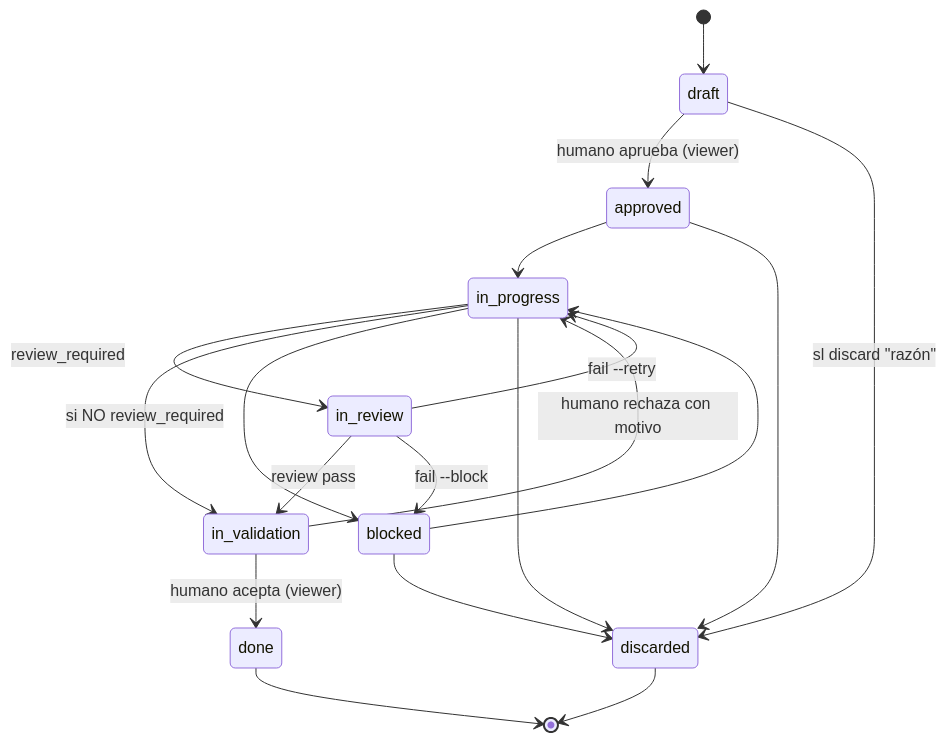
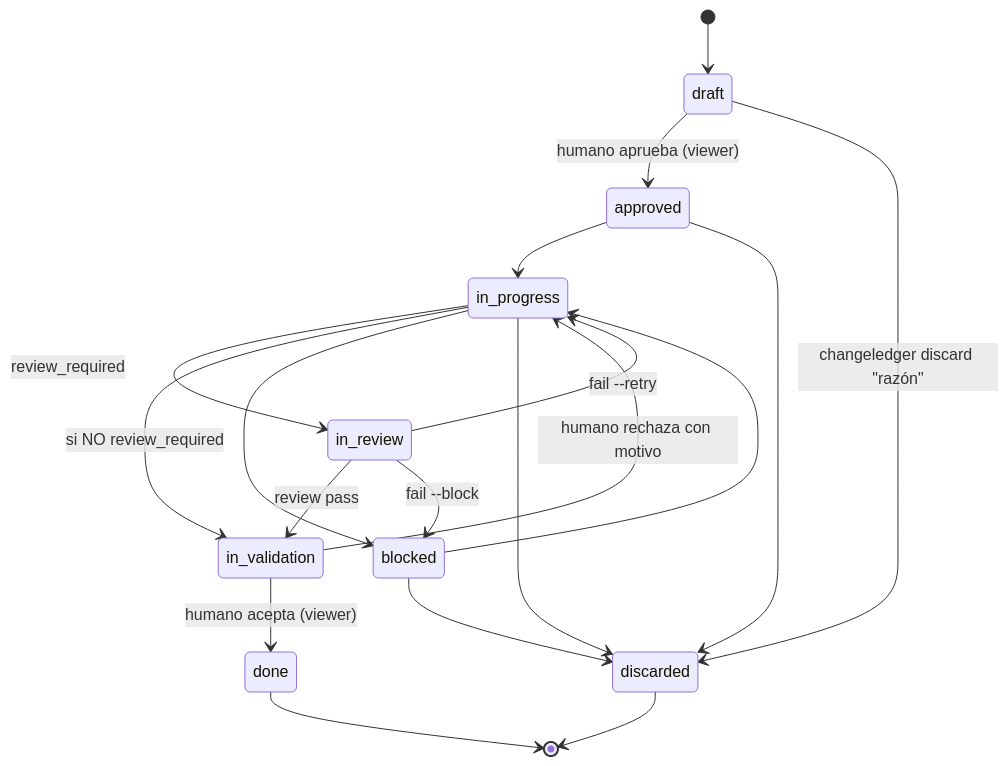
Before and after one commit to rarc88/changeledger: the second of 2 diagrams in .changeledger/specs/architecture.md, drawn with Mermaid. The commit also changed other lines of this file and 2 other files, not shown here.

Commit message:
docs(changeledger): graduate accepted migration [#20260624-153236]

````diff
--- a/.changeledger/specs/architecture.md
+++ b/.changeledger/specs/architecture.md
@@ -178,21 +178,21 @@
 ```mermaid
 stateDiagram-v2
     [*] --> draft
     draft --> approved: humano aprueba (viewer)
     approved --> in_progress
     in_progress --> in_review: review_required
     in_progress --> in_validation: si NO review_required
     in_progress --> blocked
     in_review --> in_validation: review pass
     in_review --> in_progress: fail --retry
     in_review --> blocked: fail --block
     in_validation --> done: humano acepta (viewer)
     in_validation --> in_progress: humano rechaza con motivo
     blocked --> in_progress
-    draft --> discarded: sl discard "razón"
+    draft --> discarded: changeledger discard "razón"
     approved --> discarded
     in_progress --> discarded
     blocked --> discarded
     done --> [*]
     discarded --> [*]
 ```
````
